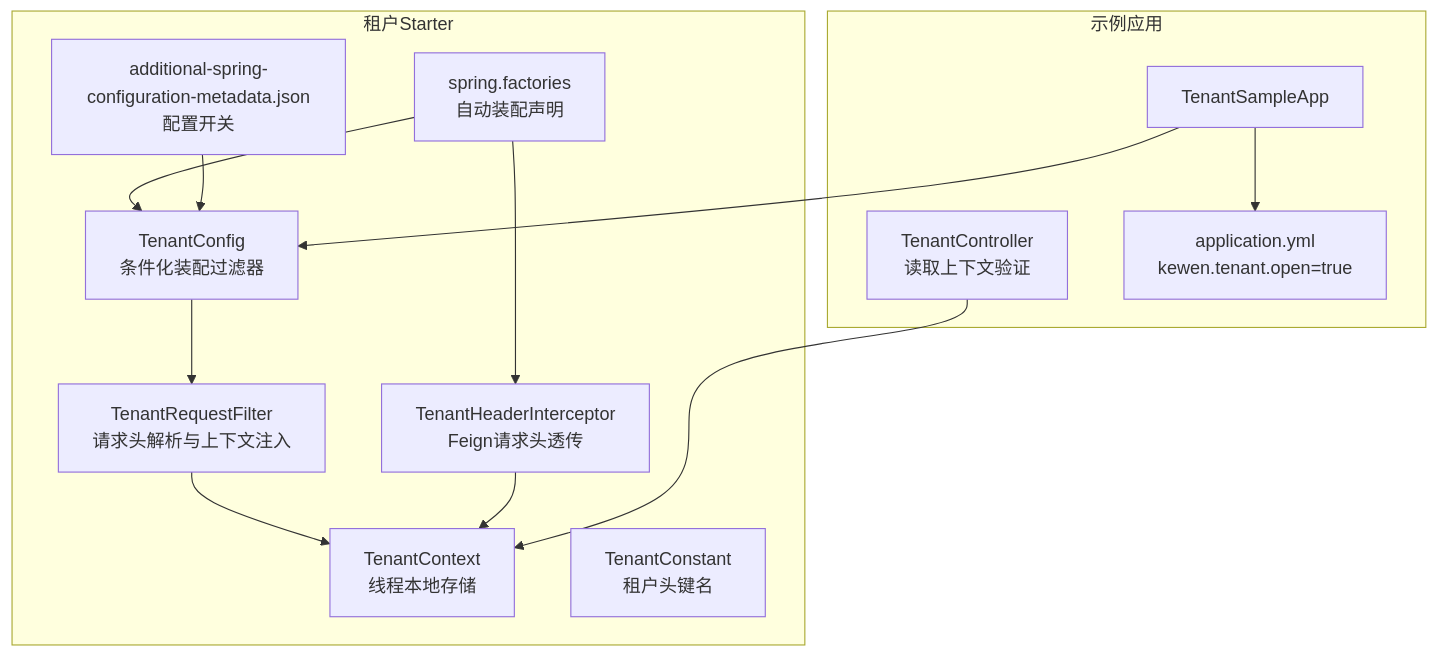
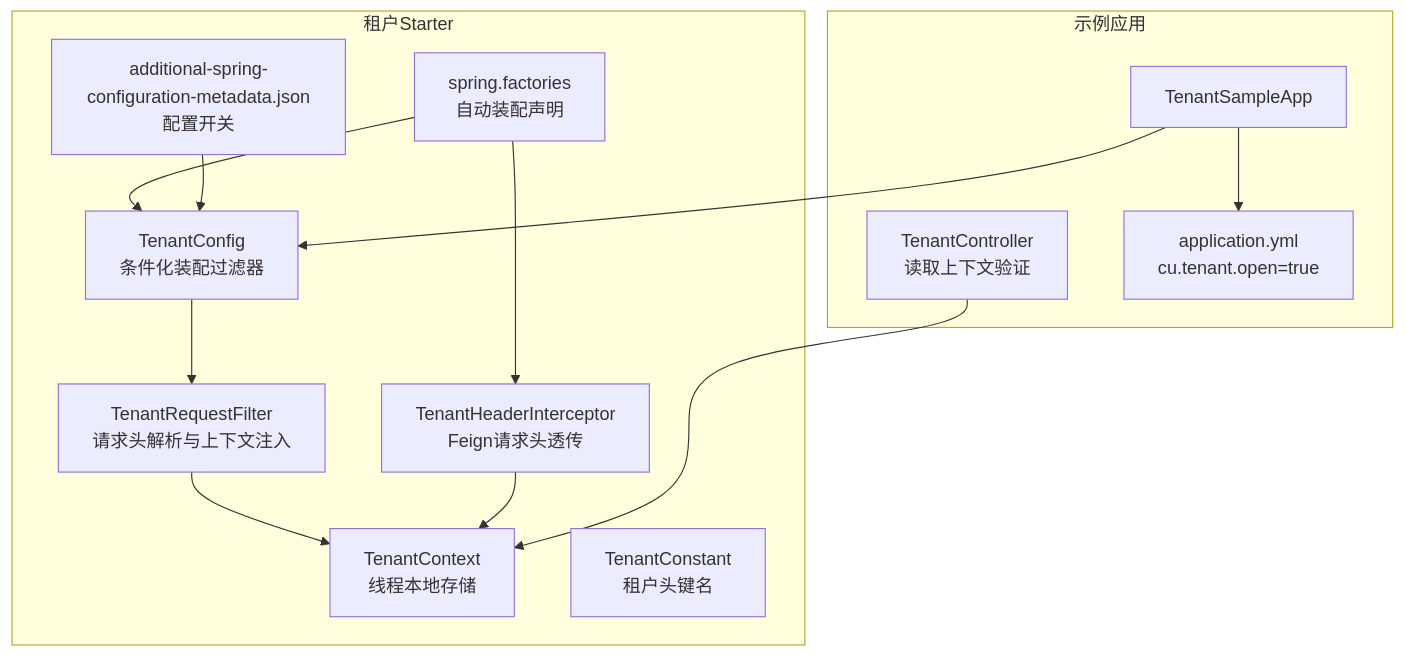
The first of 7 diagrams in .qoder/repowiki/zh/content/故障排除/租户问题排查.md (LiukewenSC/kewen-framework), drawn with Mermaid before and after one commit. The commit also changed other lines of this file and 764 other files, not shown here.

````diff
--- a/.qoder/repowiki/zh/content/故障排除/租户问题排查.md
+++ b/.qoder/repowiki/zh/content/故障排除/租户问题排查.md
@@ -43,26 +43,26 @@
 ```mermaid
 graph TB
 subgraph "租户Starter"
 TC["TenantContext<br/>线程本地存储"]
 TRF["TenantRequestFilter<br/>请求头解析与上下文注入"]
 THI["TenantHeaderInterceptor<br/>Feign请求头透传"]
 TCFG["TenantConfig<br/>条件化装配过滤器"]
 TCONST["TenantConstant<br/>租户头键名"]
 META["additional-spring-configuration-metadata.json<br/>配置开关"]
 FACT["spring.factories<br/>自动装配声明"]
 end
 subgraph "示例应用"
 APP["TenantSampleApp"]
 CTRL["TenantController<br/>读取上下文验证"]
-CONF["application.yml<br/>kewen.tenant.open=true"]
+CONF["application.yml<br/>cu.tenant.open=true"]
 end
 APP --> CONF
 APP --> TCFG
 TCFG --> TRF
 TRF --> TC
 THI --> TC
 FACT --> TCFG
 FACT --> THI
 META --> TCFG
 CTRL --> TC
 ```
````
